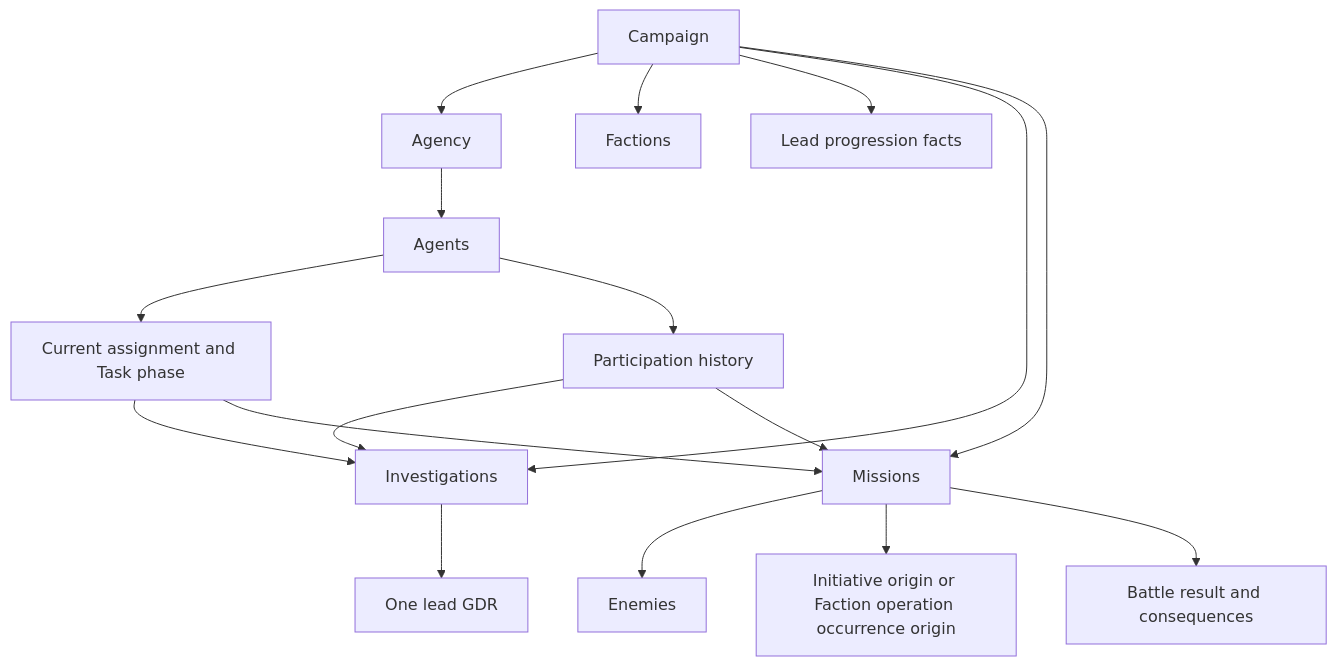
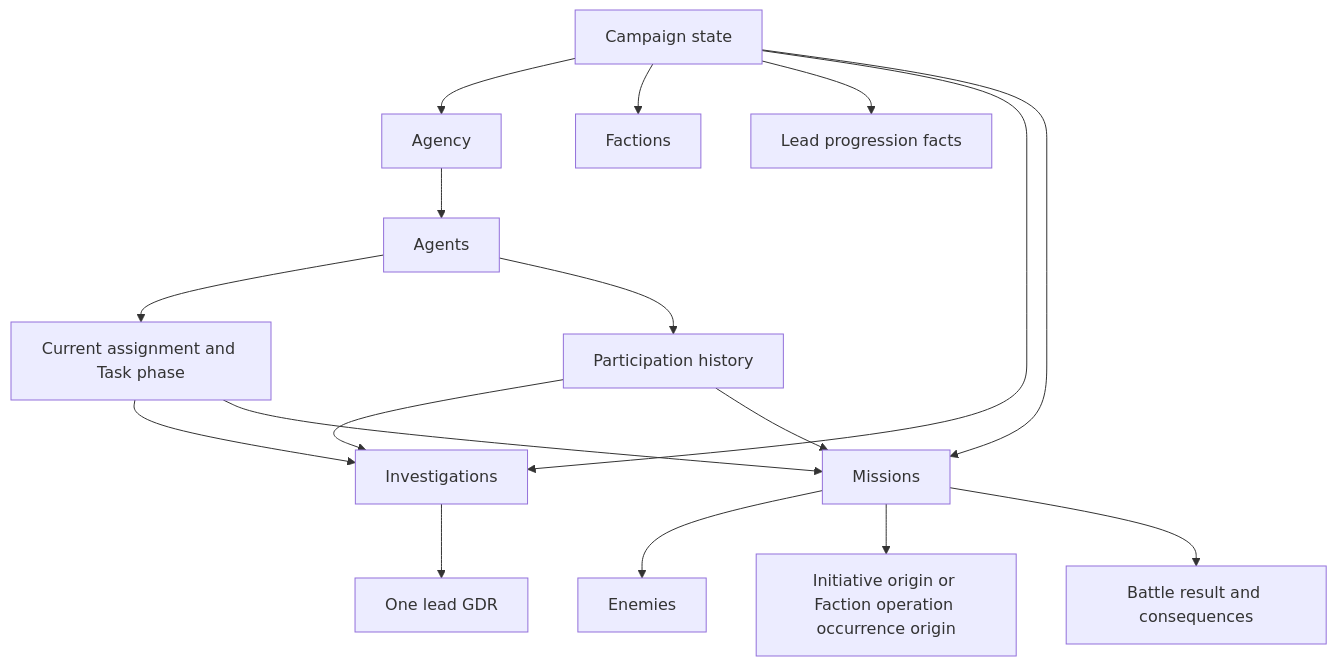
One commit to konrad-jamrozik/game-v5 changed the diagram in docs/specs/foundation/domain-model.md. Above: the diagram before and after it, drawn with Mermaid. The commit also changed other lines of this file and 6 other files, not shown here.

````diff
--- a/docs/specs/foundation/domain-model.md
+++ b/docs/specs/foundation/domain-model.md
@@ -249,19 +251,19 @@
 ```mermaid
 flowchart TD
-    Campaign --> Agency
+    CampaignState["Campaign state"] --> Agency
     Agency --> Agents
-    Campaign --> Factions
-    Campaign --> Progression["Lead progression facts"]
-    Campaign --> Investigations
-    Campaign --> Missions
+    CampaignState --> Factions
+    CampaignState --> Progression["Lead progression facts"]
+    CampaignState --> Investigations
+    CampaignState --> Missions
     Investigations --> Lead["One lead GDR"]
     Agents --> Assignment["Current assignment and Task phase"]
     Assignment --> Investigations
     Assignment --> Missions
     Agents --> Participation["Participation history"]
     Participation --> Investigations
     Participation --> Missions
     Missions --> Enemies
     Missions --> Origin["Initiative origin or Faction operation occurrence origin"]
     Missions --> Result["Battle result and consequences"]
 ```
````
